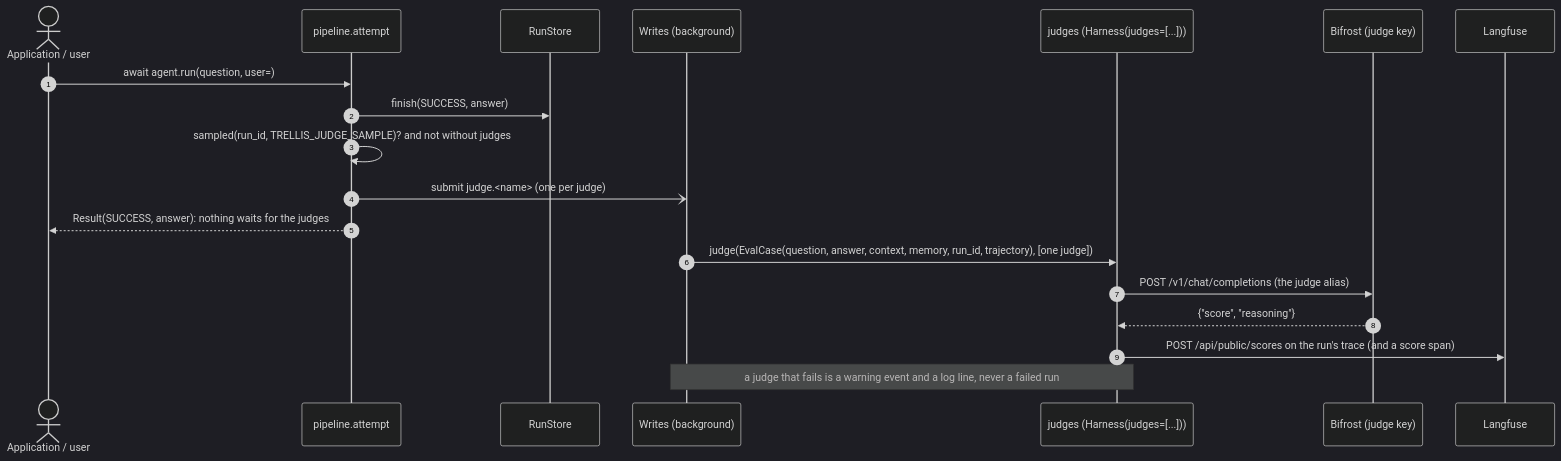
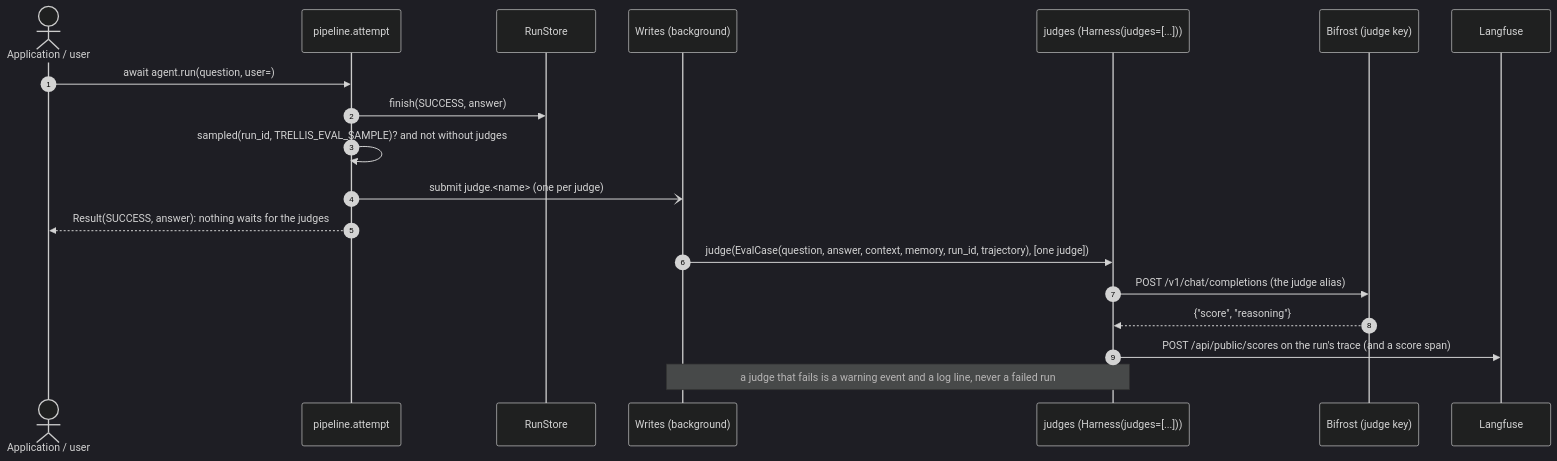
One commit to amitmohapatra/agent-harness changed diagram 12 of 14 in docs/flows.md. Above: the diagram before and after it, drawn with Mermaid (dark theme). The commit also changed other lines of this file and 14 other files, not shown here.

````diff
--- a/docs/flows.md
+++ b/docs/flows.md
@@ -501,22 +501,22 @@
 ```mermaid
 sequenceDiagram
   autonumber
   actor User as Application / user
   participant P as pipeline.attempt
   participant Runs as RunStore
   participant W as Writes (background)
   participant J as judges (Harness(judges=[...]))
   participant GW as Bifrost (judge key)
   participant LF as Langfuse
 
   User->>P: await agent.run(question, user=)
   P->>Runs: finish(SUCCESS, answer)
-  P->>P: sampled(run_id, TRELLIS_JUDGE_SAMPLE)? and not without judges
+  P->>P: sampled(run_id, TRELLIS_EVAL_SAMPLE)? and not without judges
   P-)W: submit judge.<name> (one per judge)
   P-->>User: Result(SUCCESS, answer): nothing waits for the judges
   W->>J: judge(EvalCase(question, answer, context, memory, run_id, trajectory), [one judge])
   J->>GW: POST /v1/chat/completions (the judge alias)
   GW-->>J: {"score", "reasoning"}
   J->>LF: POST /api/public/scores on the run's trace (and a score span)
   Note over W,J: a judge that fails is a warning event and a log line, never a failed run
 ```
````
